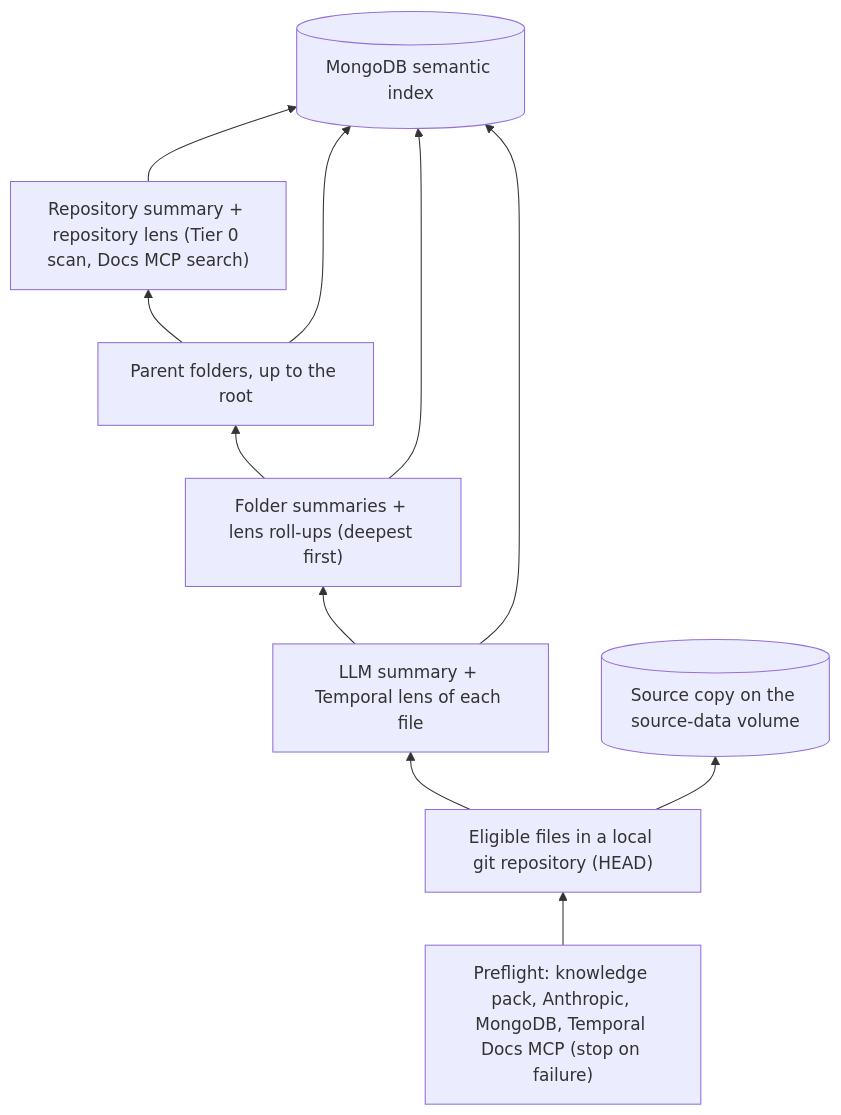
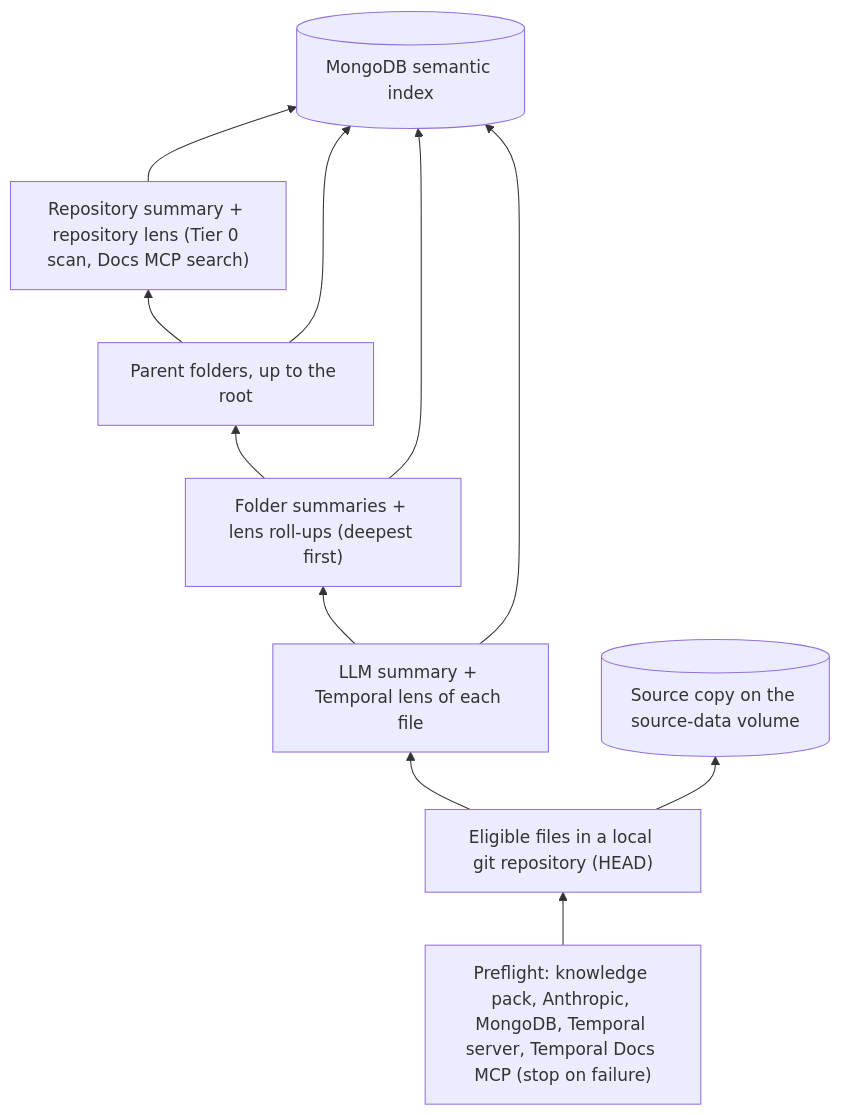
Before and after one commit to dustinsweet-temporalio/code-atlas: the first of 3 diagrams in docs/INDEX_FLOW.md, drawn with Mermaid. The commit also changed other lines of this file and 40 other files, not shown here.

````diff
--- a/docs/INDEX_FLOW.md
+++ b/docs/INDEX_FLOW.md
@@ -5,13 +5,13 @@
 ```mermaid
 flowchart BT
-    PF["Preflight: knowledge pack, Anthropic, MongoDB, Temporal Docs MCP (stop on failure)"] --> F
+    PF["Preflight: knowledge pack, Anthropic, MongoDB, Temporal server, Temporal Docs MCP (stop on failure)"] --> F
     F["Eligible files in a local git repository (HEAD)"] --> A["LLM summary + Temporal lens of each file"]
     A --> D["Folder summaries + lens roll-ups (deepest first)"]
     D --> P["Parent folders, up to the root"]
     P --> RS["Repository summary + repository lens (Tier 0 scan, Docs MCP search)"]
     RS --> I
     A --> I[("MongoDB semantic index")]
     D --> I
     P --> I
     F --> S[("Source copy on the source-data volume")]
 ```
````
